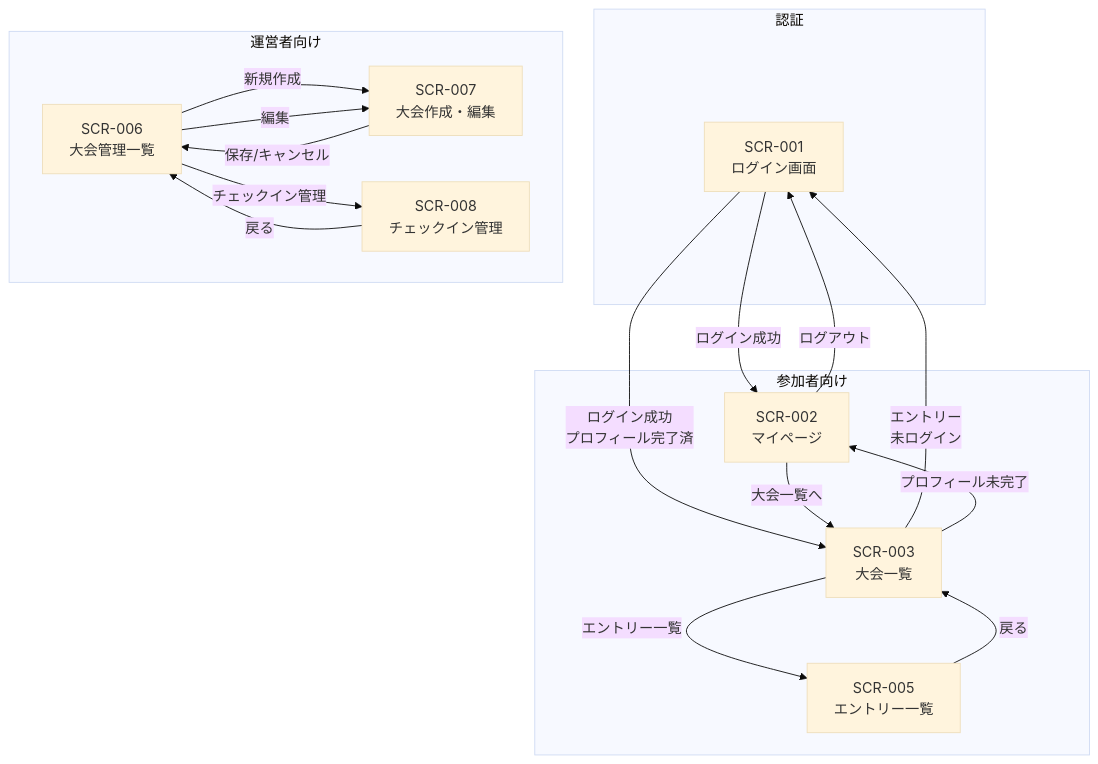
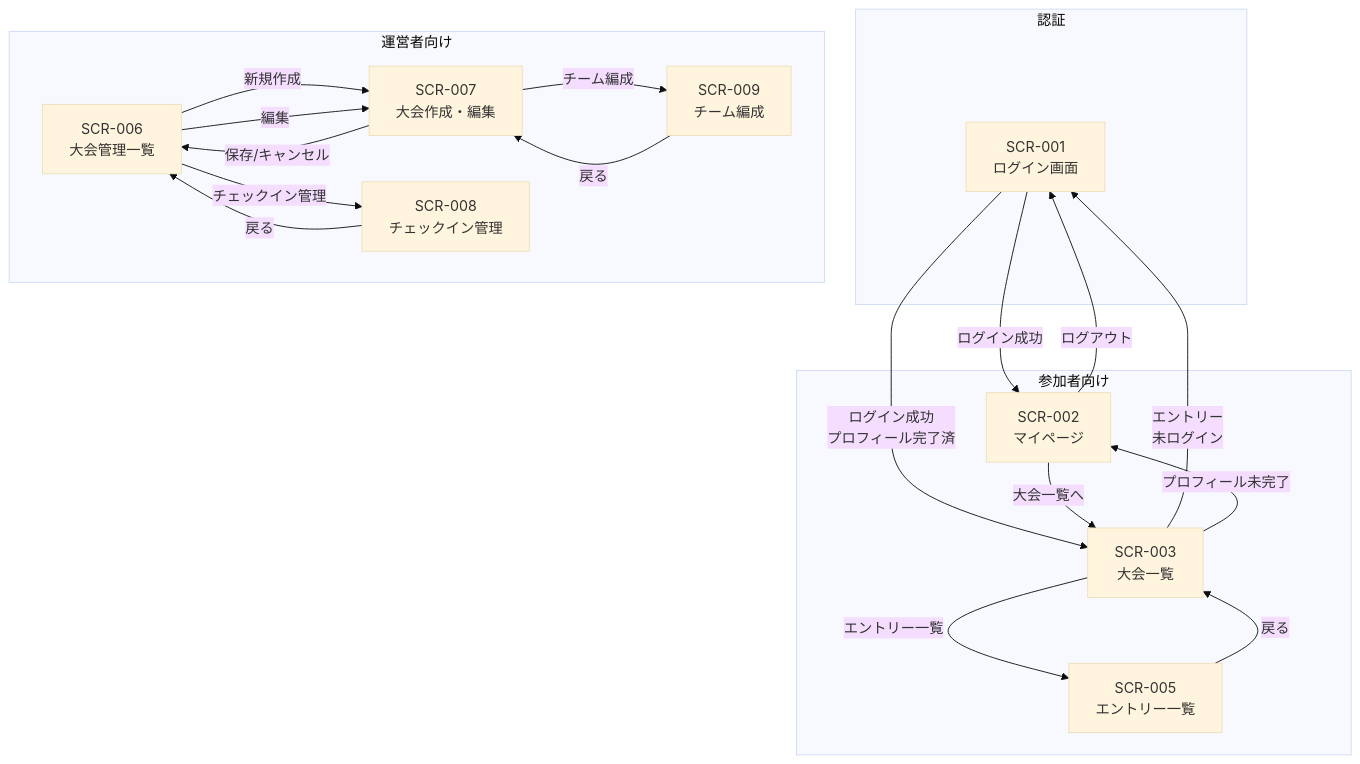
Before and after one commit to juv-shun/JiroRimi: the diagram in docs/screen_design.md, drawn with Mermaid (base theme). The commit also changed other lines of this file, not shown here.

First line of the commit message:
docs: チーム編成画面（SCR-009）の画面設計を追加

````diff
--- a/docs/screen_design.md
+++ b/docs/screen_design.md
@@ -534,36 +631,39 @@
 ```mermaid
 flowchart TD
     subgraph 認証
         LOGIN[SCR-001<br/>ログイン画面]
     end
 
     subgraph 参加者向け
         MYPAGE[SCR-002<br/>マイページ]
         TOURNAMENTS[SCR-003<br/>大会一覧]
         ENTRY_LIST[SCR-005<br/>エントリー一覧]
     end
 
     subgraph 運営者向け
         ADMIN_TOURNAMENTS[SCR-006<br/>大会管理一覧]
         ADMIN_TOURNAMENT_EDIT[SCR-007<br/>大会作成・編集]
         ADMIN_CHECKIN[SCR-008<br/>チェックイン管理]
+        ADMIN_TEAM[SCR-009<br/>チーム編成]
     end
 
     LOGIN -->|ログイン成功| MYPAGE
     LOGIN -->|ログイン成功<br/>プロフィール完了済| TOURNAMENTS
 
     MYPAGE -->|大会一覧へ| TOURNAMENTS
     MYPAGE -->|ログアウト| LOGIN
 
     TOURNAMENTS -->|エントリー一覧| ENTRY_LIST
     TOURNAMENTS -->|エントリー<br/>未ログイン| LOGIN
     TOURNAMENTS -->|プロフィール未完了| MYPAGE
 
     ENTRY_LIST -->|戻る| TOURNAMENTS
 
     ADMIN_TOURNAMENTS -->|新規作成| ADMIN_TOURNAMENT_EDIT
     ADMIN_TOURNAMENTS -->|編集| ADMIN_TOURNAMENT_EDIT
     ADMIN_TOURNAMENTS -->|チェックイン管理| ADMIN_CHECKIN
     ADMIN_TOURNAMENT_EDIT -->|保存/キャンセル| ADMIN_TOURNAMENTS
     ADMIN_CHECKIN -->|戻る| ADMIN_TOURNAMENTS
+    ADMIN_TOURNAMENT_EDIT -->|チーム編成| ADMIN_TEAM
+    ADMIN_TEAM -->|戻る| ADMIN_TOURNAMENT_EDIT
 ```
````
